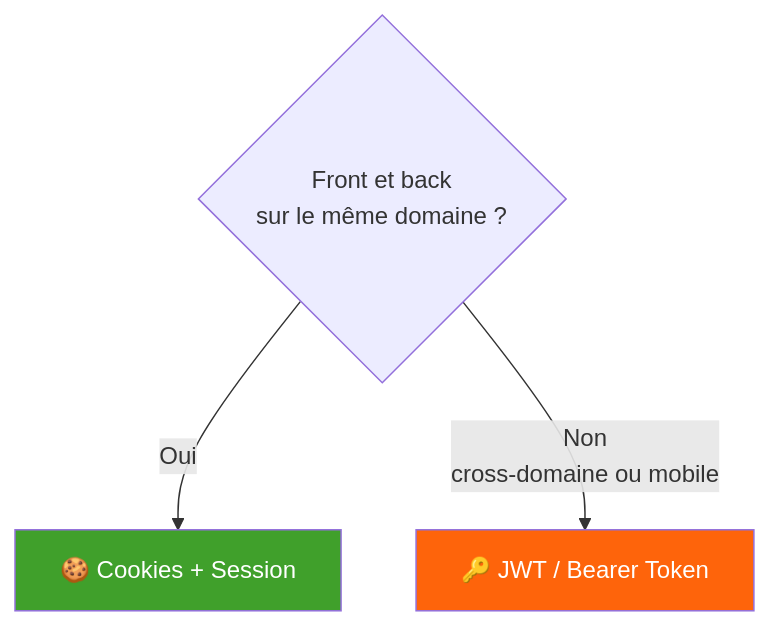
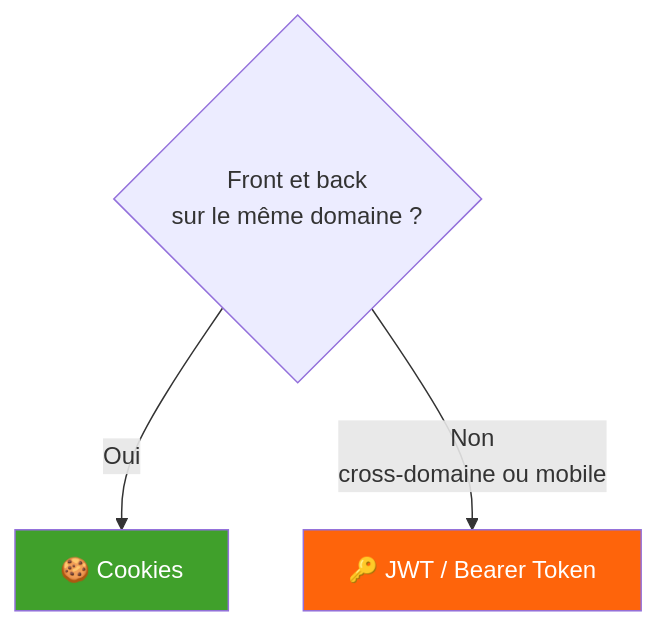
Before and after one commit to alxqtn/cours: the first of 4 diagrams in presenterm/authentication.md, drawn with Mermaid. The commit also changed other lines of this file and 2 other files, not shown here.

````diff
--- a/presenterm/authentication.md
+++ b/presenterm/authentication.md
@@ -265,8 +263,8 @@
 ```mermaid +render
 flowchart TD
     Q{"Front et back\nsur le même domaine ?"}
-    Q -->|Oui| A["🍪 Cookies + Session"]
+    Q -->|Oui| A["🍪 Cookies"]
     Q -->|Non\ncross-domaine ou mobile| B["🔑 JWT / Bearer Token"]
     style A fill:#40a02b,color:#fff
     style B fill:#fe640b,color:#fff
 ```
````
